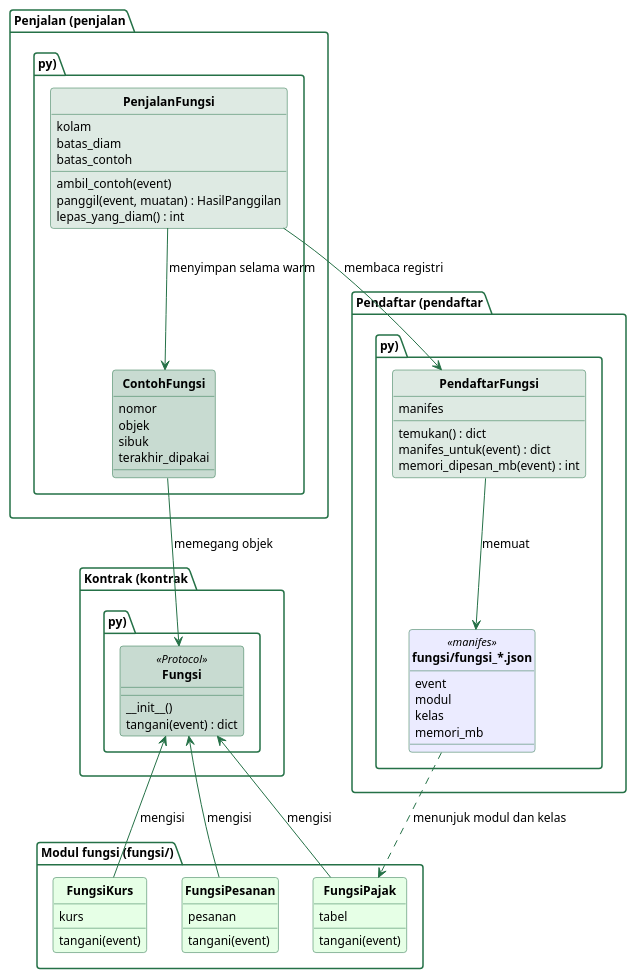
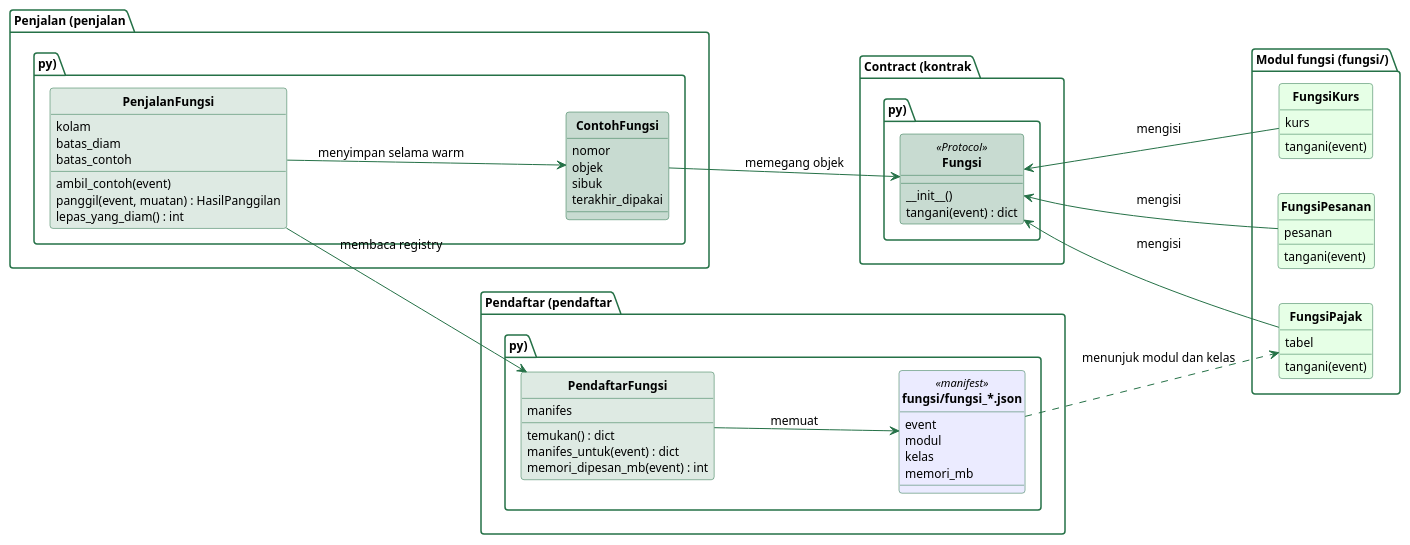
One commit to alfa-yohannis/software-architecture changed the diagram in sources/chapter14/diagram/kelas-serverless.puml. Above: the diagram before and after it, drawn with PlantUML. The commit also changed other lines of this file and 29 other files, not shown here.

```diff
--- a/sources/chapter14/diagram/kelas-serverless.puml
+++ b/sources/chapter14/diagram/kelas-serverless.puml
@@ -12,90 +12,91 @@
 @startuml
 skinparam backgroundColor transparent
 skinparam defaultFontName Titillium Web
 skinparam defaultFontSize 13
 skinparam shadowing false
 skinparam roundCorner 6
 skinparam classAttributeIconSize 0
 skinparam classFontStyle bold
 skinparam ArrowColor #257147
 skinparam ArrowFontSize 12
 skinparam class {
   BorderColor #257147
   BackgroundColor #EBEBFF
   FontColor black
   AttributeFontSize 12
   StereotypeFontSize 11
 }
 skinparam package {
   BorderColor #257147
   BackgroundColor transparent
   FontColor black
   FontSize 12
 }
 hide circle
+left to right direction
 
 package "Penjalan (penjalan.py)" {
   class PenjalanFungsi #DEEAE3 {
     kolam
     batas_diam
     batas_contoh
     ambil_contoh(event)
     panggil(event, muatan) : HasilPanggilan
     lepas_yang_diam() : int
   }
 
   class ContohFungsi #C8DBD1 {
     nomor
     objek
     sibuk
     terakhir_dipakai
   }
 }
 
-package "Kontrak (kontrak.py)" {
+package "Contract (kontrak.py)" {
   class Fungsi <<Protocol>> #C8DBD1 {
     __init__()
     tangani(event) : dict
   }
 }
 
 package "Pendaftar (pendaftar.py)" {
   class PendaftarFungsi #DEEAE3 {
     manifes
     temukan() : dict
     manifes_untuk(event) : dict
     memori_dipesan_mb(event) : int
   }
 
-  class "fungsi/fungsi_*.json" as Manifes <<manifes>> {
+  class "fungsi/fungsi_*.json" as Manifes <<manifest>> {
     event
     modul
     kelas
     memori_mb
   }
 }
 
 package "Modul fungsi (fungsi/)" {
   class FungsiKurs #E6FFE6 {
     kurs
     tangani(event)
   }
   class FungsiPesanan #E6FFE6 {
     pesanan
     tangani(event)
   }
   class FungsiPajak #E6FFE6 {
     tabel
     tangani(event)
   }
 }
 
-PenjalanFungsi -right-> PendaftarFungsi : membaca registri
+PenjalanFungsi -right-> PendaftarFungsi : membaca registry
 PenjalanFungsi -down-> ContohFungsi : menyimpan selama warm
 ContohFungsi -down-> Fungsi : memegang objek
 PendaftarFungsi -down-> Manifes : memuat
 FungsiKurs -up-> Fungsi : mengisi
 FungsiPesanan -up-> Fungsi : mengisi
 FungsiPajak -up-> Fungsi : mengisi
 Manifes .down.> FungsiPajak : menunjuk modul dan kelas
 @enduml
```
